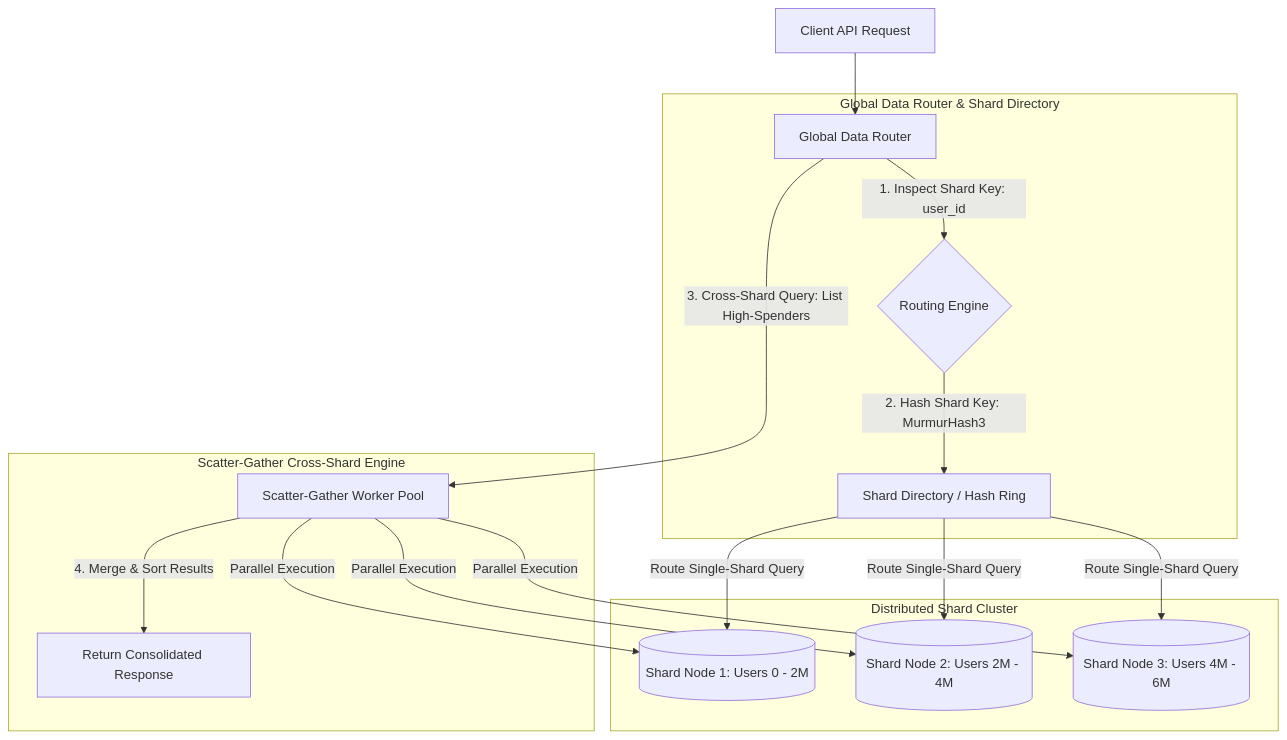
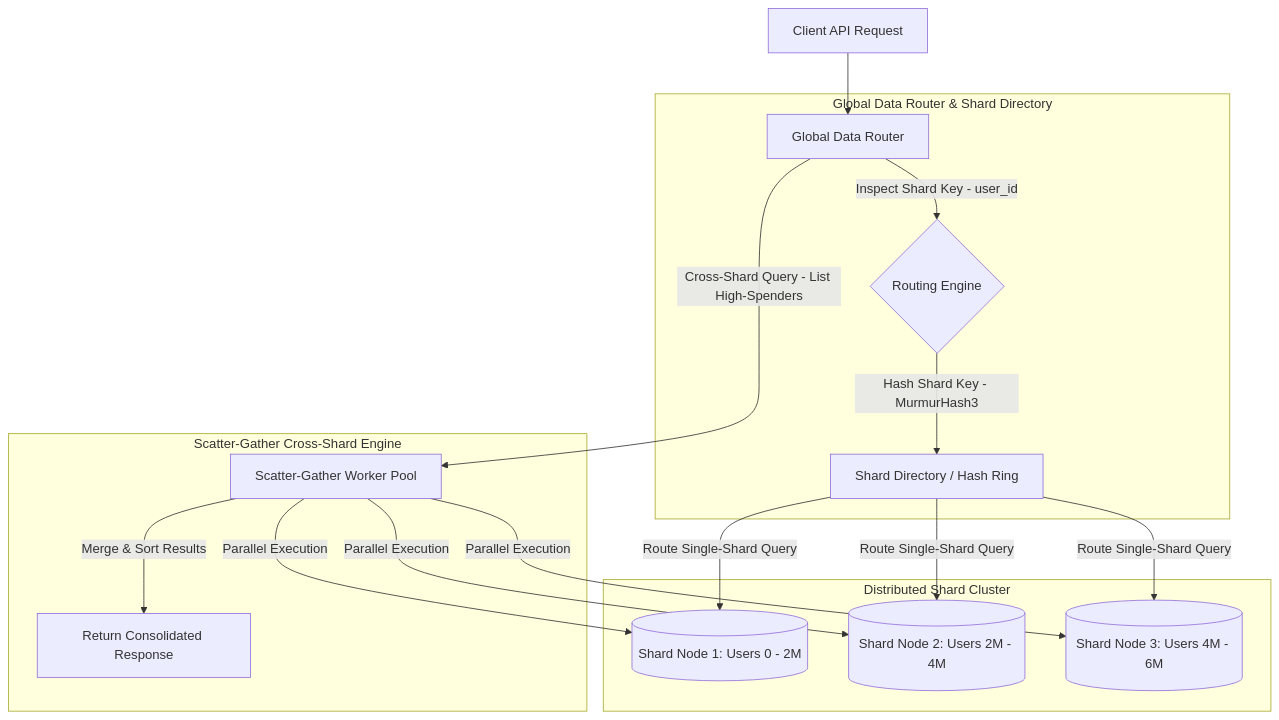
Before and after one commit to akmalkhaniub/akmalkhaniub.github.io: the diagram in blog/posts/database-sharding-horizontal-partitioning-global-data-routing.md, drawn with Mermaid. The commit also changed 411 other files, not shown here.

````diff
--- a/blog/posts/database-sharding-horizontal-partitioning-global-data-routing.md
+++ b/blog/posts/database-sharding-horizontal-partitioning-global-data-routing.md
@@ -17,23 +17,23 @@
 ```mermaid
-graph TD
+flowchart TD
   A[Client API Request] --> B[Global Data Router]
   
   subgraph SG1_GlobalDataRouter ["Global Data Router & Shard Directory"]
-    B -->|1. Inspect Shard Key: user_id| C{Routing Engine}
-    C -->|2. Hash Shard Key: MurmurHash3| D[Shard Directory / Hash Ring]
+    B -->|Inspect Shard Key - user_id| C{Routing Engine}
+    C -->|Hash Shard Key - MurmurHash3| D[Shard Directory / Hash Ring]
   end
   
   subgraph SG2_DistributedShardCluster ["Distributed Shard Cluster"]
     D -->|Route Single-Shard Query| E[(Shard Node 1: Users 0 - 2M)]
     D -->|Route Single-Shard Query| F[(Shard Node 2: Users 2M - 4M)]
     D -->|Route Single-Shard Query| G[(Shard Node 3: Users 4M - 6M)]
   end
   
   subgraph SG3_ScatterGatherCross ["Scatter-Gather Cross-Shard Engine"]
-    B -->|3. Cross-Shard Query: List High-Spenders| H[Scatter-Gather Worker Pool]
+    B -->|Cross-Shard Query - List High-Spenders| H[Scatter-Gather Worker Pool]
     H -->|Parallel Execution| E
     H -->|Parallel Execution| F
     H -->|Parallel Execution| G
-    H -->|4. Merge & Sort Results| I[Return Consolidated Response]
+    H -->|Merge & Sort Results| I[Return Consolidated Response]
   end
 ```
````
